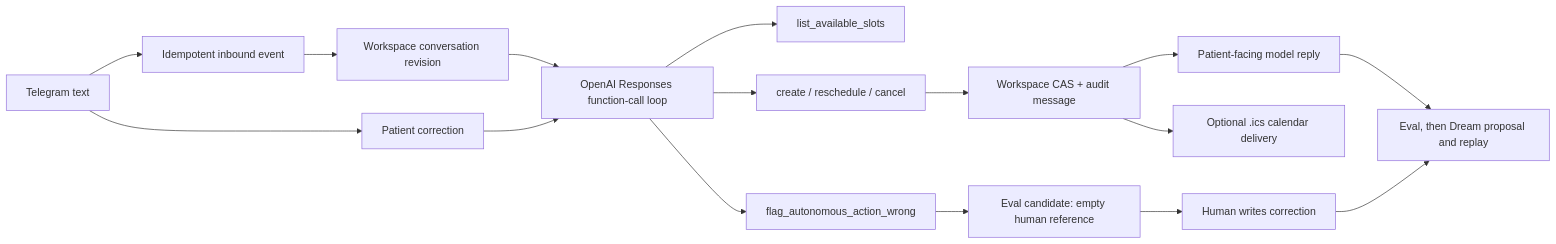
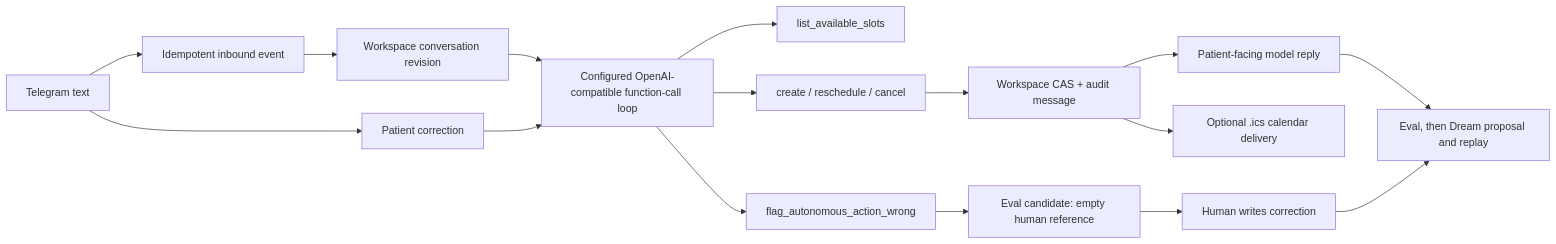
One commit to BryanTheLai/codex-july-hackathon-official changed the diagram in docs/autonomous-booking-agent.md. Above: the diagram before and after it, drawn with Mermaid. The commit also changed other lines of this file and 21 other files, not shown here.

````diff
--- a/docs/autonomous-booking-agent.md
+++ b/docs/autonomous-booking-agent.md
@@ -21,18 +21,18 @@
 ```mermaid
 flowchart LR
   T[Telegram text] --> I[Idempotent inbound event]
   I --> W[Workspace conversation revision]
-  W --> A[OpenAI Responses function-call loop]
+  W --> A[Configured OpenAI-compatible function-call loop]
   A --> S[list_available_slots]
   A --> B[create / reschedule / cancel]
   B --> C[Workspace CAS + audit message]
   C --> R[Patient-facing model reply]
   R --> D[Idempotent Telegram text delivery]
   C --> K[Optional .ics calendar delivery]
   T --> F[Patient correction]
   F --> A
   A --> G[flag_autonomous_action_wrong]
   G --> E[Eval candidate: empty human reference]
   E --> H[Human writes correction]
   H --> D[Eval, then Dream proposal and replay]
 ```
````
